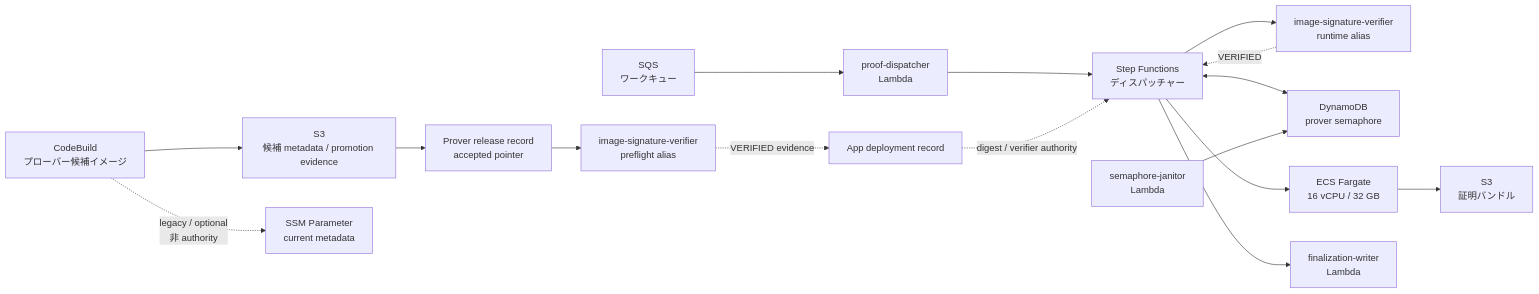
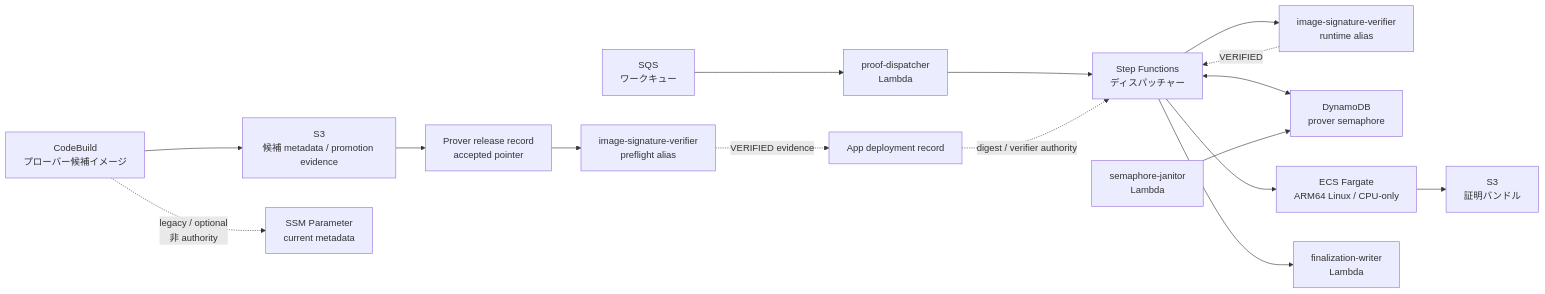
One commit to hwatanabe-jp/stark-ballot-simulator-public changed the second of 4 diagrams in public-book/src/aws/topology.md. Above: the diagram before and after it, drawn with Mermaid. The commit also changed other lines of this file and 1001 other files, not shown here.

````diff
--- a/public-book/src/aws/topology.md
+++ b/public-book/src/aws/topology.md
@@ -97,18 +103,18 @@
 ```mermaid
 flowchart LR
   CODEBUILD["CodeBuild<br/>プローバー候補イメージ"] --> META["S3<br/>候補 metadata / promotion evidence"]
   CODEBUILD -. legacy / optional<br/>非 authority .-> SSM["SSM Parameter<br/>current metadata"]
   META --> RECORD["Prover release record<br/>accepted pointer"]
   RECORD --> PREFLIGHT["image-signature-verifier<br/>preflight alias"]
   PREFLIGHT -. VERIFIED evidence .-> APP["App deployment record"]
   SQS["SQS<br/>ワークキュー"] --> DP["proof-dispatcher<br/>Lambda"]
   DP --> SFN["Step Functions<br/>ディスパッチャー"]
   APP -. digest / verifier authority .-> SFN
   SFN --> SIG["image-signature-verifier<br/>runtime alias"]
   SIG -. VERIFIED .-> SFN
   SFN <--> SEM["DynamoDB<br/>prover semaphore"]
   JANITOR["semaphore-janitor<br/>Lambda"] --> SEM
-  SFN --> ECS["ECS Fargate<br/>16 vCPU / 32 GB"]
+  SFN --> ECS["ECS Fargate<br/>ARM64 Linux / CPU-only"]
   SFN --> CALLBACK["finalization-writer<br/>Lambda"]
   ECS --> S3["S3<br/>証明バンドル"]
 ```
````
